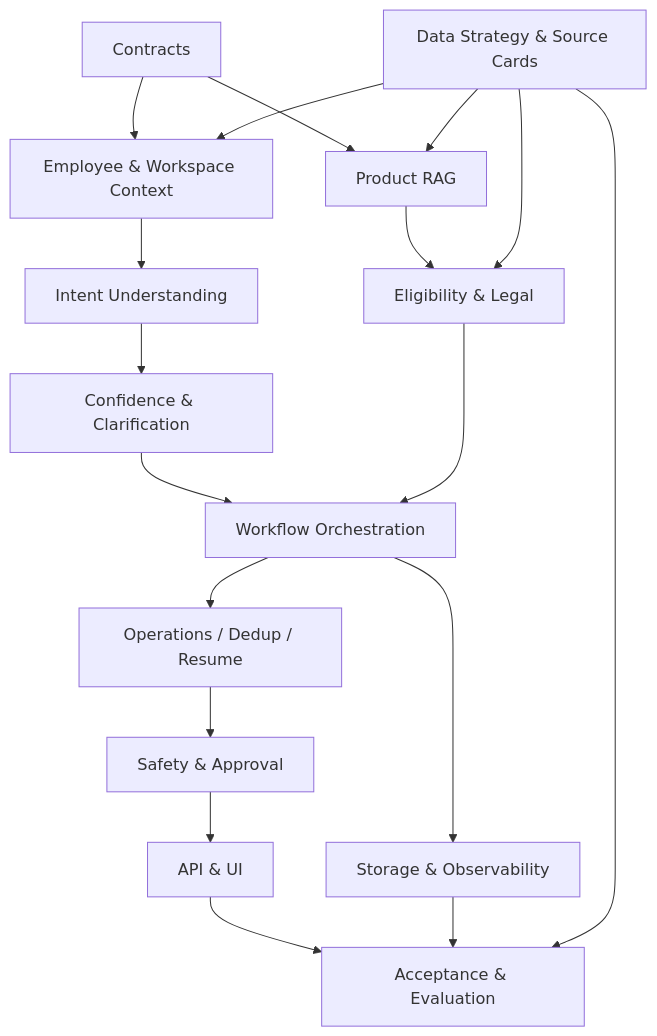
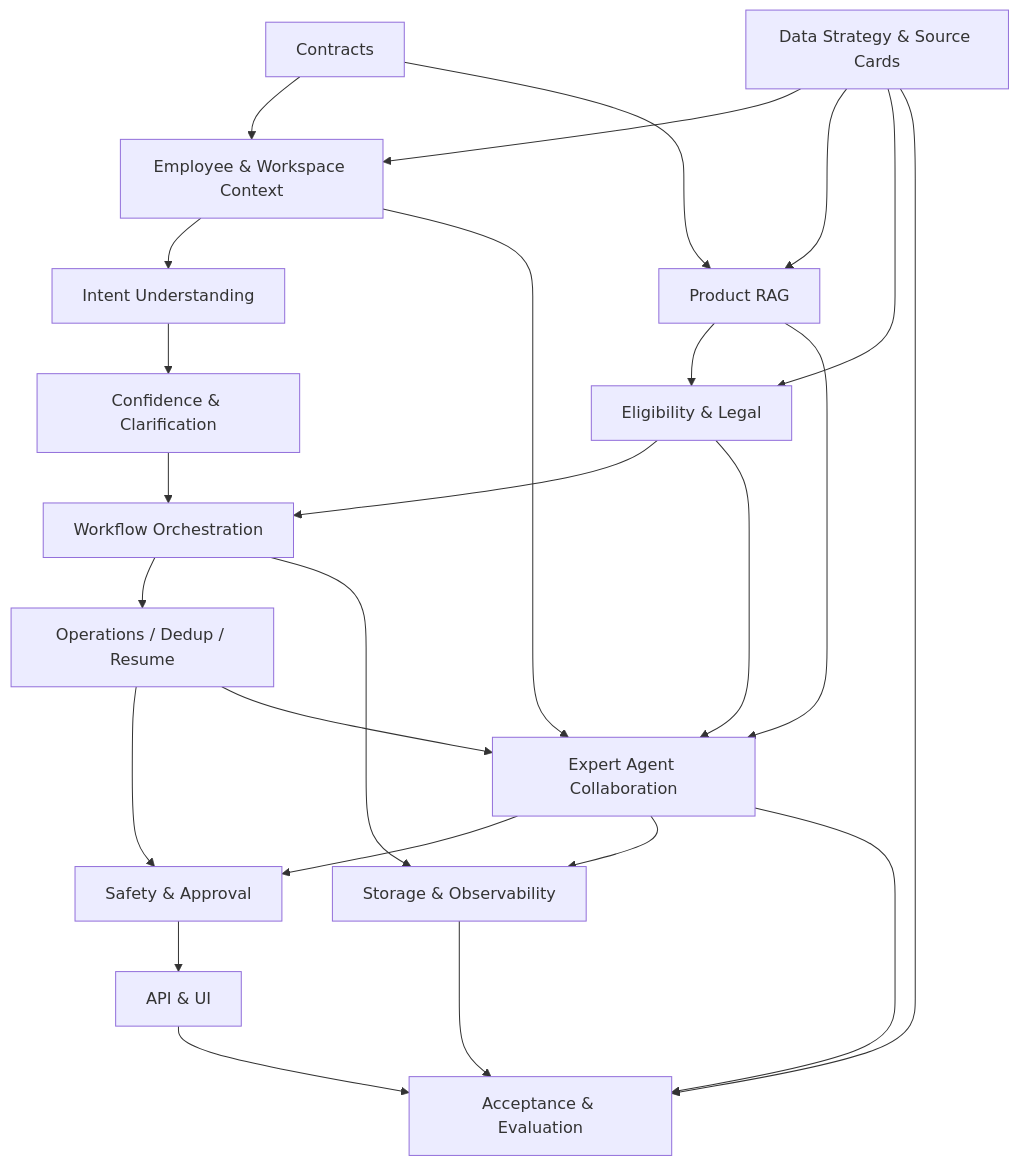
One commit to ShayNeeo/VAIC2026 changed the diagram in plan_v2/INDEX.md. Above: the diagram before and after it, drawn with Mermaid. The commit also changed other lines of this file and 101 other files, not shown here.

````diff
--- a/plan_v2/INDEX.md
+++ b/plan_v2/INDEX.md
@@ -77,20 +80,27 @@
 ```mermaid
 graph TD
     Contracts[Contracts] --> Context[Employee & Workspace Context]
     Context --> Intent[Intent Understanding]
     Intent --> Confidence[Confidence & Clarification]
     Contracts --> RAG[Product RAG]
     RAG --> Eligibility[Eligibility & Legal]
     Confidence --> Workflow[Workflow Orchestration]
     Eligibility --> Workflow
     Workflow --> Operations[Operations / Dedup / Resume]
     Operations --> Safety[Safety & Approval]
     Safety --> API[API & UI]
     Workflow --> Storage[Storage & Observability]
     API --> Eval[Acceptance & Evaluation]
     Storage --> Eval
     Data[Data Strategy & Source Cards] --> Context
     Data --> RAG
     Data --> Eligibility
     Data --> Eval
+    Context --> Collaboration[Expert Agent Collaboration]
+    RAG --> Collaboration
+    Eligibility --> Collaboration
+    Operations --> Collaboration
+    Collaboration --> Safety
+    Collaboration --> Storage
+    Collaboration --> Eval
 ```
````
